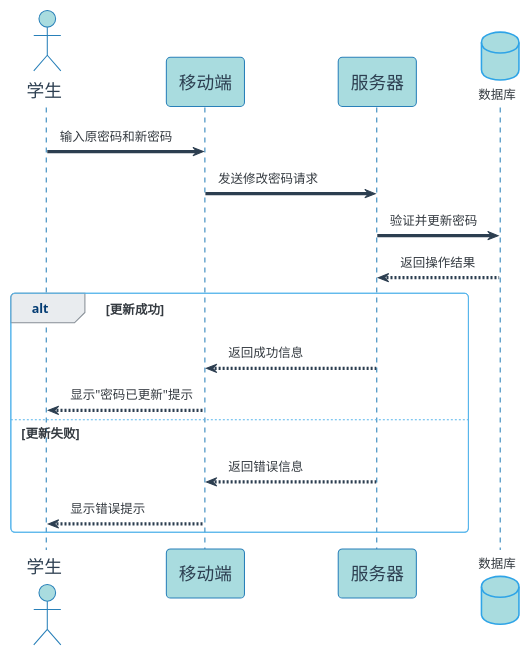
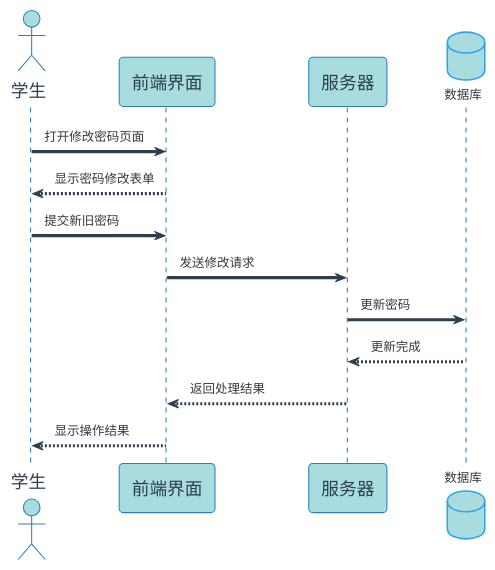
One commit to ybwlz/-git- changed the diagram in 顺序图文件/学生账号设置.puml. Above: the diagram before and after it, drawn with PlantUML. The commit also changed 6 other files, not shown here.

```diff
--- a/顺序图文件/学生账号设置.puml
+++ b/顺序图文件/学生账号设置.puml
@@ -1,40 +1,37 @@
 @startuml
 !theme cerulean
 skinparam backgroundColor #FFFFFF
 skinparam sequence {
     ArrowColor #2C3E50
     ActorBorderColor #2980B9
     LifeLineBorderColor #2980B9
     LifeLineBackgroundColor #A9DCDF
     
     ParticipantBorderColor #2980B9
     ParticipantBackgroundColor #A9DCDF
     ParticipantFontName 微软雅黑
     ParticipantFontSize 17
     ParticipantFontColor #2C3E50
     
     ActorBackgroundColor #A9DCDF
     ActorFontColor #2C3E50
     ActorFontSize 17
     ActorFontName 微软雅黑
 }
 
 actor 学生 as Student
-participant "移动端" as Mobile #A9DCDF
+participant "前端界面" as Frontend #A9DCDF
 participant "服务器" as Server #A9DCDF
 database "数据库" as DB #A9DCDF
 
-Student -> Mobile: 输入原密码和新密码
-Mobile -> Server: 发送修改密码请求
-Server -> DB: 验证并更新密码
-DB --> Server: 返回操作结果
+Student -> Frontend: 打开修改密码页面
+Frontend --> Student: 显示密码修改表单
 
-alt 更新成功
-    Server --> Mobile: 返回成功信息
-    Mobile --> Student: 显示"密码已更新"提示
-else 更新失败
-    Server --> Mobile: 返回错误信息
-    Mobile --> Student: 显示错误提示
-end
+Student -> Frontend: 提交新旧密码
+Frontend -> Server: 发送修改请求
+Server -> DB: 更新密码
+DB --> Server: 更新完成
+Server --> Frontend: 返回处理结果
+Frontend --> Student: 显示操作结果
 
 @enduml 
```
